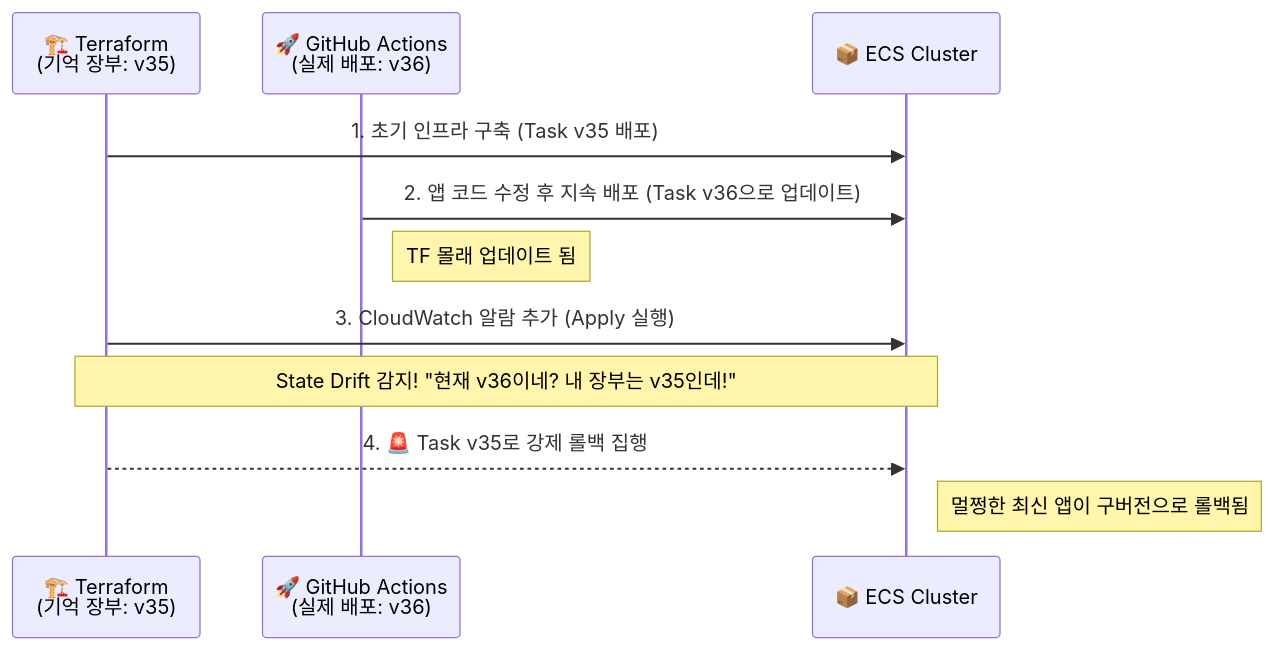
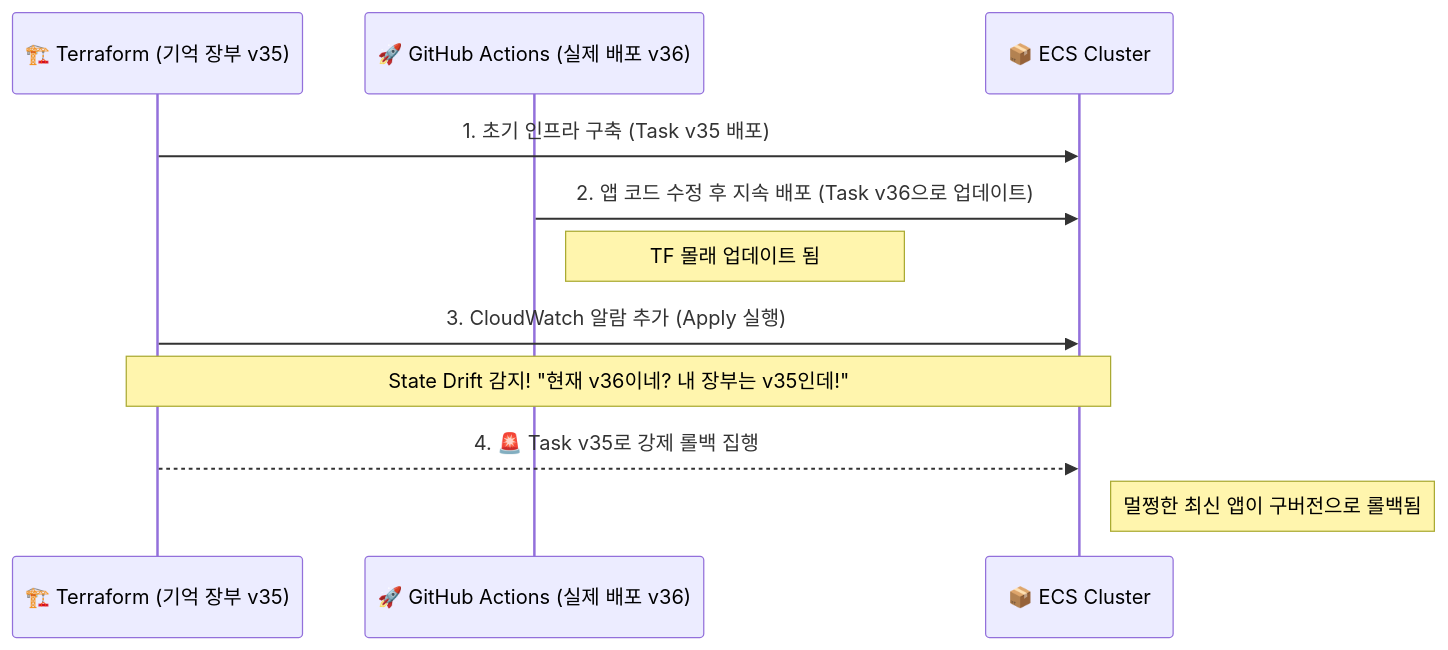
Before and after one commit to duwnstj/duwnstj.github.io: the diagram in _posts/2026-09-07-terraform-state-drift-ecs-rollback.md, drawn with Mermaid. The commit also changed 3 other files, not shown here.

Commit message:
블로그 다이어그램 깨지는 문제 해결 (Mermaid 문법 수정)

````diff
--- a/_posts/2026-09-07-terraform-state-drift-ecs-rollback.md
+++ b/_posts/2026-09-07-terraform-state-drift-ecs-rollback.md
@@ -22,14 +22,14 @@
 ```mermaid
 sequenceDiagram
-    participant TF as 🏗️ Terraform<br/>(기억 장부: v35)
-    participant GHA as 🚀 GitHub Actions<br/>(실제 배포: v36)
+    participant TF as 🏗️ Terraform (기억 장부 v35)
+    participant GHA as 🚀 GitHub Actions (실제 배포 v36)
     participant ECS as 📦 ECS Cluster
     
     TF->>ECS: 1. 초기 인프라 구축 (Task v35 배포)
     GHA->>ECS: 2. 앱 코드 수정 후 지속 배포 (Task v36으로 업데이트)
     Note right of GHA: TF 몰래 업데이트 됨
     TF->>ECS: 3. CloudWatch 알람 추가 (Apply 실행)
     Note over TF, ECS: State Drift 감지! "현재 v36이네? 내 장부는 v35인데!"
     TF-->>ECS: 4. 🚨 Task v35로 강제 롤백 집행
     Note right of ECS: 멀쩡한 최신 앱이 구버전으로 롤백됨
 ```
````
